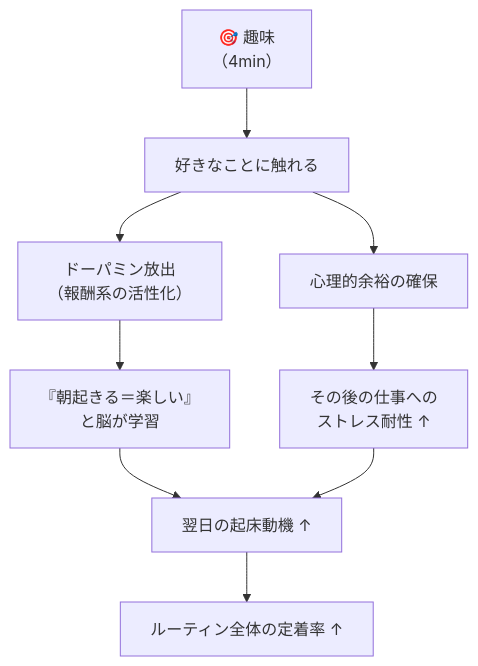
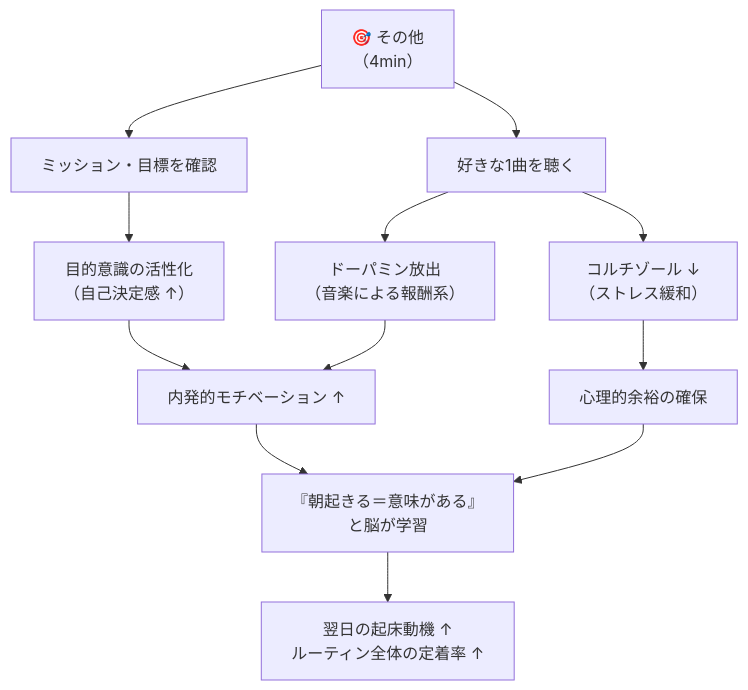
Before and after one commit to iharak058070-afk/test: the ninth of 12 diagrams in 朝ルーティン定着化プロジェクト.md, drawn with Mermaid. The commit also changed other lines of this file, not shown here.

First line of the commit message:
Update 朝ルーティン: シャワー10min化・趣味→その他（ミッション確認+1曲）に変更

````diff
--- a/朝ルーティン定着化プロジェクト.md
+++ b/朝ルーティン定着化プロジェクト.md
@@ -238,11 +240,14 @@
 ```mermaid
 flowchart TD
-    A["🎯 趣味\n（4min）"] --> B["好きなことに触れる"]
-    B --> C["ドーパミン放出\n（報酬系の活性化）"]
-    B --> D["心理的余裕の確保"]
-    C --> E["『朝起きる＝楽しい』\nと脳が学習"]
-    D --> F["その後の仕事への\nストレス耐性 ↑"]
-    E --> G["翌日の起床動機 ↑"]
-    F --> G
-    G --> H["ルーティン全体の定着率 ↑"]
+    A["🎯 その他\n（4min）"] --> B["ミッション・目標を確認"]
+    A --> C["好きな1曲を聴く"]
+    B --> D["目的意識の活性化\n（自己決定感 ↑）"]
+    C --> E["ドーパミン放出\n（音楽による報酬系）"]
+    C --> F["コルチゾール ↓\n（ストレス緩和）"]
+    D --> G["内発的モチベーション ↑"]
+    E --> G
+    F --> H["心理的余裕の確保"]
+    G --> I["『朝起きる＝意味がある』\nと脳が学習"]
+    H --> I
+    I --> J["翌日の起床動機 ↑\nルーティン全体の定着率 ↑"]
 ```
````
